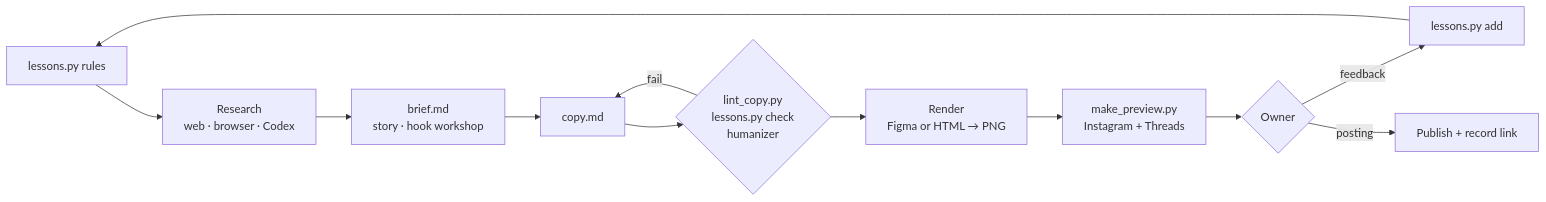
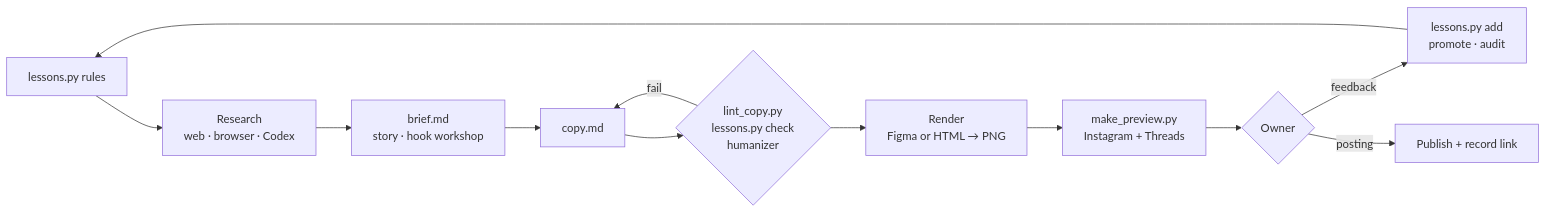
One commit to kilaslab/kilas-content changed the diagram in README.md. Above: the diagram before and after it, drawn with Mermaid. The commit also changed other lines of this file and 11 other files, not shown here.

````diff
--- a/README.md
+++ b/README.md
@@ -90,14 +95,14 @@
 ```mermaid
 flowchart LR
   A[lessons.py rules] --> B[Research<br/>web · browser · Codex]
   B --> C[brief.md<br/>story · hook workshop]
   C --> D[copy.md]
   D --> E{lint_copy.py<br/>lessons.py check<br/>humanizer}
   E -->|fail| D
   E --> F[Render<br/>Figma or HTML → PNG]
   F --> G[make_preview.py<br/>Instagram + Threads]
   G --> H{Owner}
-  H -->|feedback| I[lessons.py add]
+  H -->|feedback| I[lessons.py add<br/>promote · audit]
   I --> A
   H -->|"posting"| J[Publish + record link]
 ```
````
